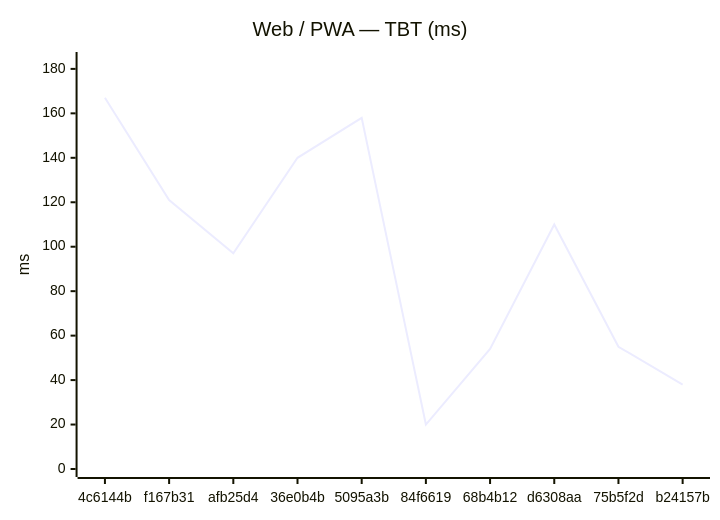
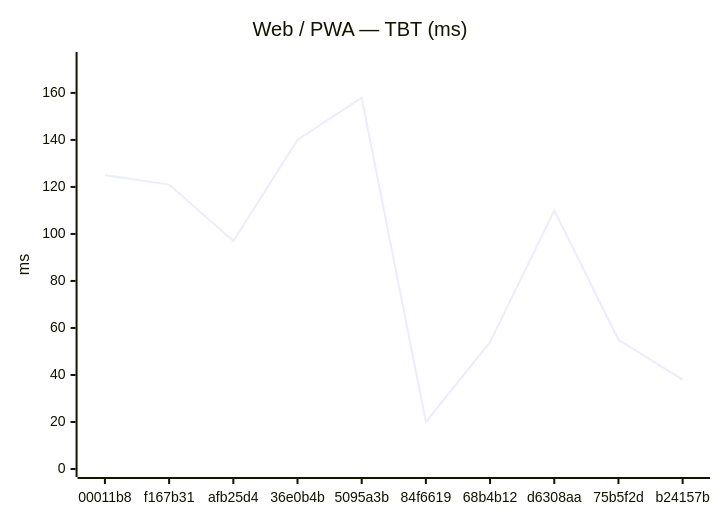
One commit to Metaheurist/Rianell changed the second of 18 diagrams in benchmarks/compare.md. Above: the diagram before and after it, drawn with Mermaid. The commit also changed other lines of this file and 11 other files, not shown here.

````diff
--- a/benchmarks/compare.md
+++ b/benchmarks/compare.md
@@ -31,7 +31,7 @@
 ```mermaid
 xychart-beta
     title "Web / PWA — TBT (ms)"
-    x-axis ["4c6144b", "f167b31", "afb25d4", "36e0b4b", "5095a3b", "84f6619", "68b4b12", "d6308aa", "75b5f2d", "b24157b"]
-    y-axis "ms" 0 --> 184
-    line [167, 121, 97, 140, 158, 20, 54, 110, 55, 38]
+    x-axis ["00011b8", "f167b31", "afb25d4", "36e0b4b", "5095a3b", "84f6619", "68b4b12", "d6308aa", "75b5f2d", "b24157b"]
+    y-axis "ms" 0 --> 174
+    line [125, 121, 97, 140, 158, 20, 54, 110, 55, 38]
 ```
````
